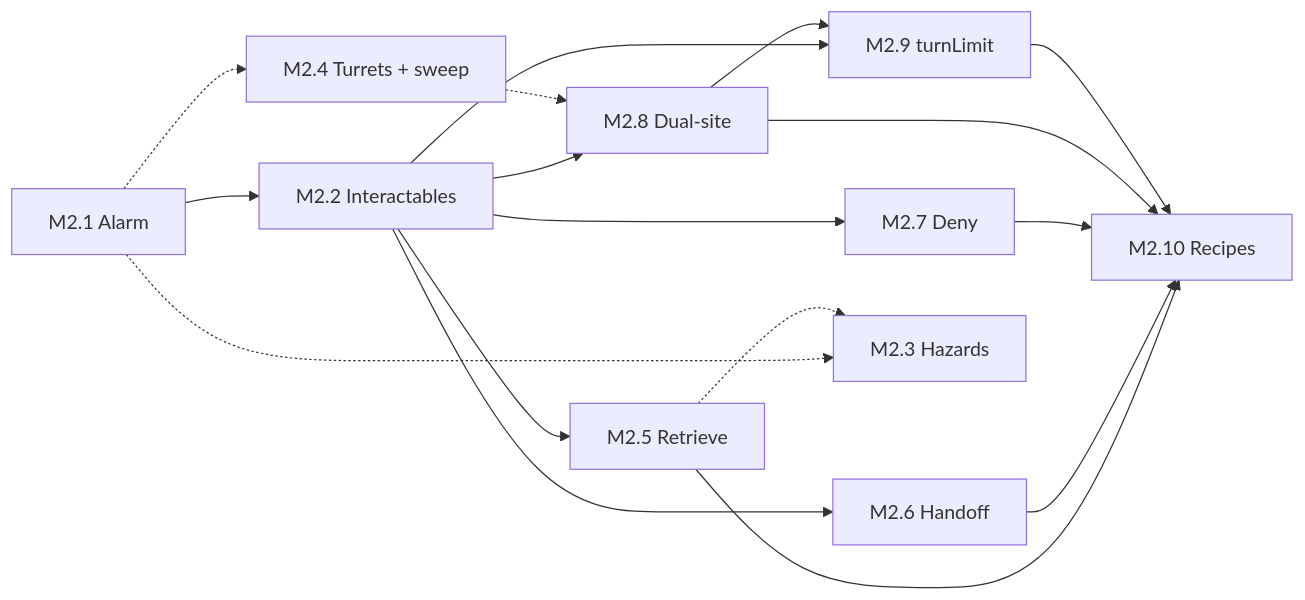
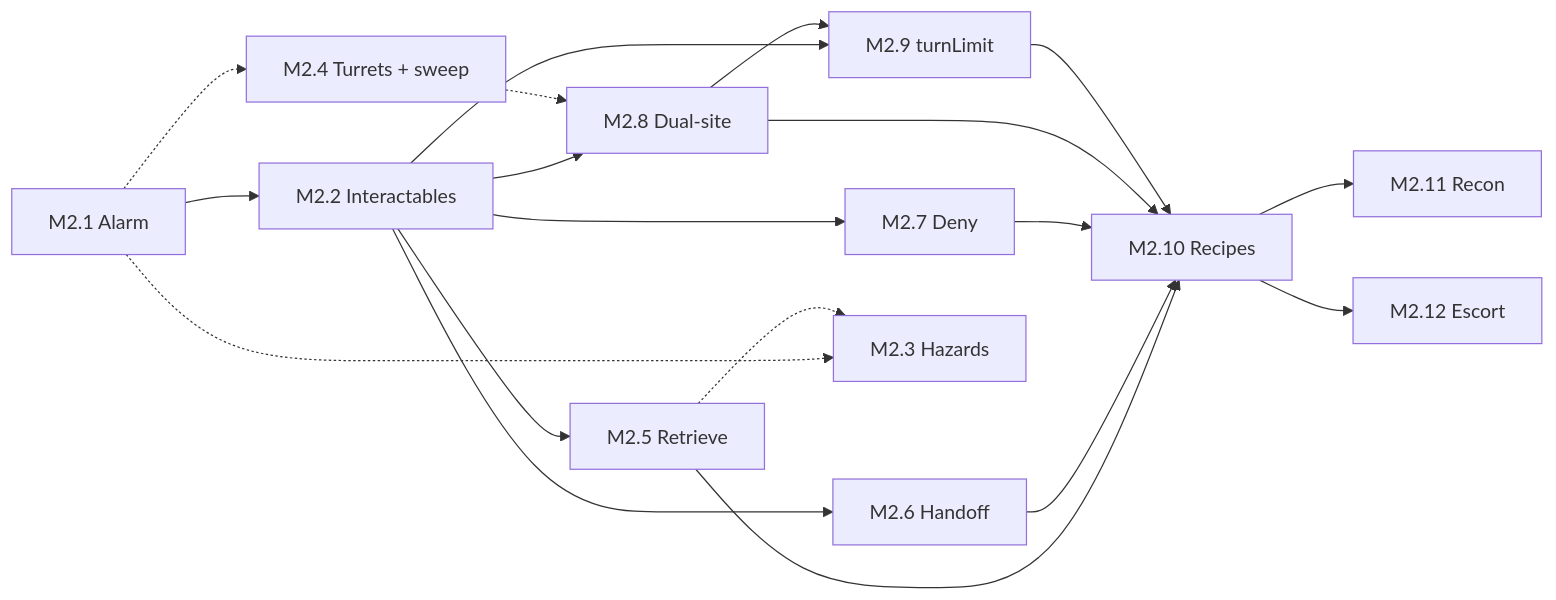
The diagram in docs/phase-2.5-plan.md (facerix/kernel-panic), drawn with Mermaid before and after one commit. The commit also changed other lines of this file and 1 other file, not shown here.

````diff
--- a/docs/phase-2.5-plan.md
+++ b/docs/phase-2.5-plan.md
@@ -103,29 +109,33 @@
 ```mermaid
 flowchart LR
   M21[M2.1 Alarm]
   M22[M2.2 Interactables]
   M25[M2.5 Retrieve]
   M26[M2.6 Handoff]
   M27[M2.7 Deny]
   M28[M2.8 Dual-site]
   M29[M2.9 turnLimit]
   M210[M2.10 Recipes]
+  M211[M2.11 Recon]
+  M212[M2.12 Escort]
   M23[M2.3 Hazards]
   M24[M2.4 Turrets + sweep]
   M21 --> M22
   M22 --> M25
   M22 --> M26
   M22 --> M27
   M22 --> M28
   M22 --> M29
   M28 --> M29
   M21 -.-> M23
   M21 -.-> M24
   M25 -.-> M23
   M24 -.-> M28
   M25 --> M210
   M26 --> M210
   M27 --> M210
   M28 --> M210
   M29 --> M210
+  M210 --> M211
+  M210 --> M212
 ```
````
